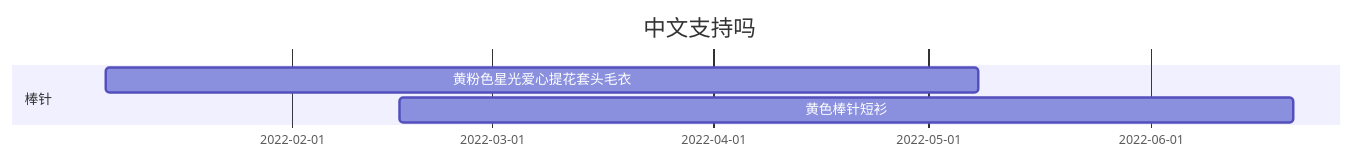
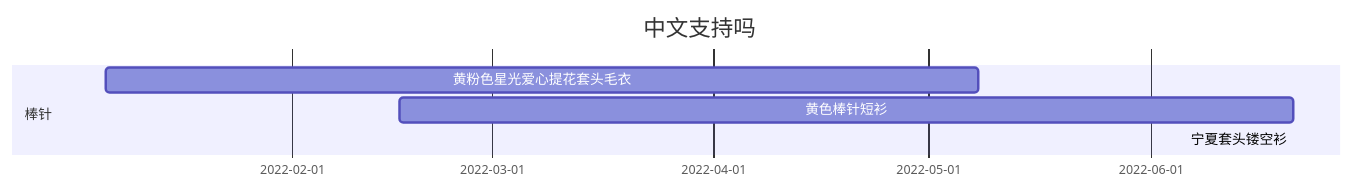
Before and after one commit to JiYouMCC/JiYouMCC.github.io: the diagram in _drafts/2022-1.md, drawn with Mermaid.

````diff
--- a/_drafts/2022-1.md
+++ b/_drafts/2022-1.md
@@ -1,8 +1,9 @@
 ```mermaid
 gantt
 title 中文支持吗
 dateFormat MM/DD
 section 棒针
     黄粉色星光爱心提花套头毛衣   :2022-01-06, 122d
     黄色棒针短衫                :2022-02-16, 125d
+    宁夏套头镂空衫              :2022-06-23
 ```
````
